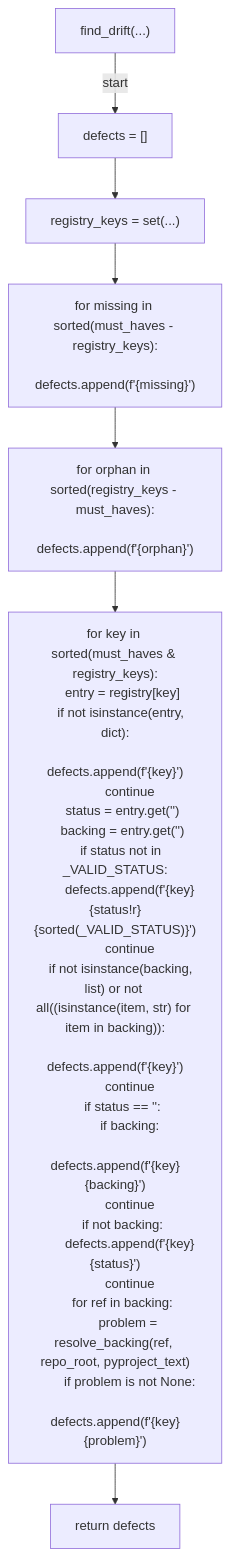
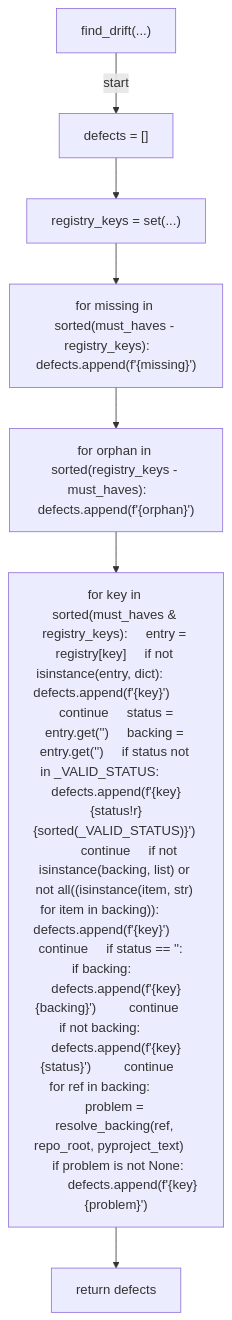
Before and after one commit to tvna/claude-md: the third of 5 diagrams in docs/generated/scripts/ast/scan_quality_standard_drift.md, drawn with Mermaid. The commit also changed other lines of this file and 23 other files, not shown here.

First line of the commit message:
docs(generated): regenerate decision tree and workflow diagrams (batch 4/5)

````diff
--- a/docs/generated/scripts/ast/scan_quality_standard_drift.md
+++ b/docs/generated/scripts/ast/scan_quality_standard_drift.md
@@ -59,41 +59,16 @@
 ```mermaid
 flowchart TD
     N001["find_drift(...)"]
     N002["defects = []"]
     N003["registry_keys = set(...)"]
-    N004["for missing in sorted(must_haves - registry_keys):
-    defects.append(f'{missing}<str>')"]
-    N005["for orphan in sorted(registry_keys - must_haves):
-    defects.append(f'{orphan}<str>')"]
-    N006["for key in sorted(must_haves & registry_keys):
-    entry = registry[key]
-    if not isinstance(entry, dict):
-        defects.append(f'{key}<str>')
-        continue
-    status = entry.get('<str>')
-    backing = entry.get('<str>')
-    if status not in _VALID_STATUS:
-        defects.append(f'{key}<str>{status!r}<str>{sorted(_VALID_STATUS)}<str>')
-        continue
-    if not isinstance(backing, list) or not all((isinstance(item, str) for item in backing)):
-        defects.append(f'{key}<str>')
-        continue
-    if status == '<str>':
-        if backing:
-            defects.append(f'{key}<str>{backing}<str>')
-        continue
-    if not backing:
-        defects.append(f'{key}<str>{status}<str>')
-        continue
-    for ref in backing:
-        problem = resolve_backing(ref, repo_root, pyproject_text)
-        if problem is not None:
-            defects.append(f'{key}<str>{problem}')"]
+    N004["for missing in sorted(must_haves - registry_keys):     defects.append(f'{missing}<str>')"]
+    N005["for orphan in sorted(registry_keys - must_haves):     defects.append(f'{orphan}<str>')"]
+    N006["for key in sorted(must_haves & registry_keys):     entry = registry[key]     if not isinstance(entry, dict):         defects.append(f'{key}<str>')         continue     status = entry.get('<str>')     backing = entry.get('<str>')     if status not in _VALID_STATUS:         defects.append(f'{key}<str>{status!r}<str>{sorted(_VALID_STATUS)}<str>')         continue     if not isinstance(backing, list) or not all((isinstance(item, str) for item in backing)):         defects.append(f'{key}<str>')         continue     if status == '<str>':         if backing:             defects.append(f'{key}<str>{backing}<str>')         continue     if not backing:         defects.append(f'{key}<str>{status}<str>')         continue     for ref in backing:         problem = resolve_backing(ref, repo_root, pyproject_text)         if problem is not None:             defects.append(f'{key}<str>{problem}')"]
     N007["return defects"]
     N001 -->|"start"| N002
     N002 --> N003
     N003 --> N004
     N004 --> N005
     N005 --> N006
     N006 --> N007
 ```
````
